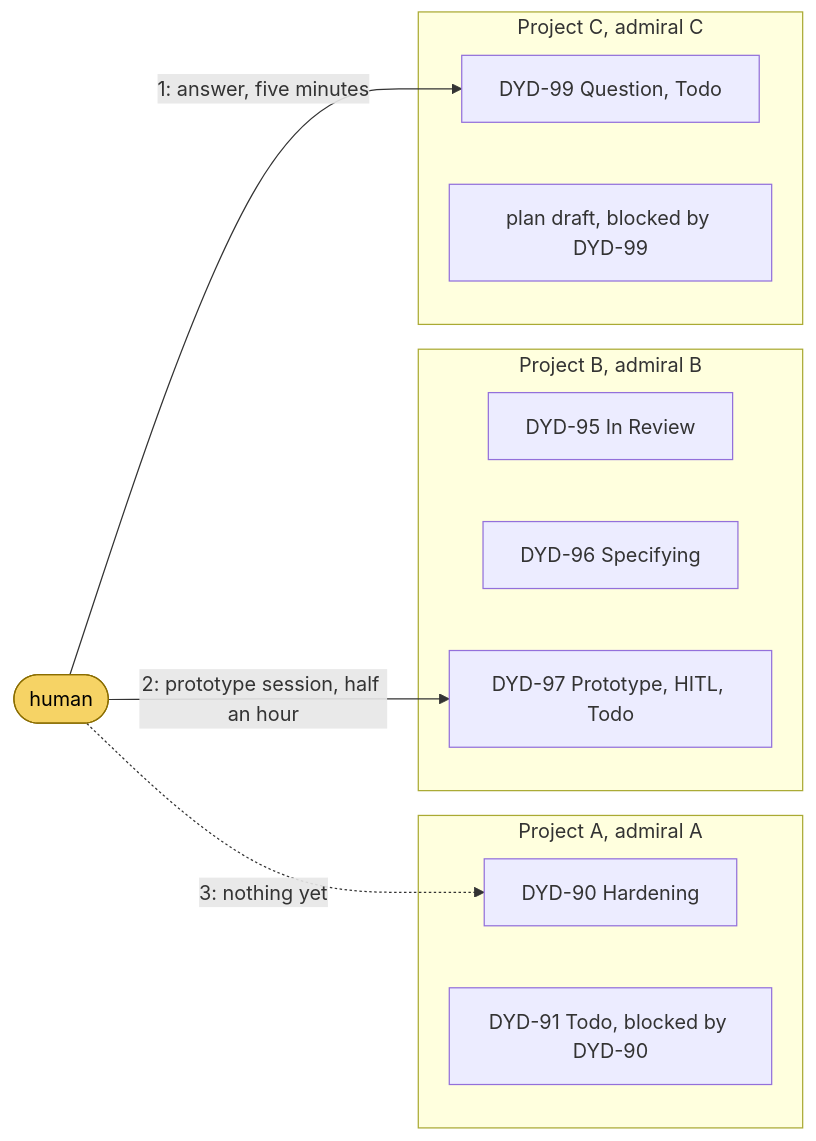
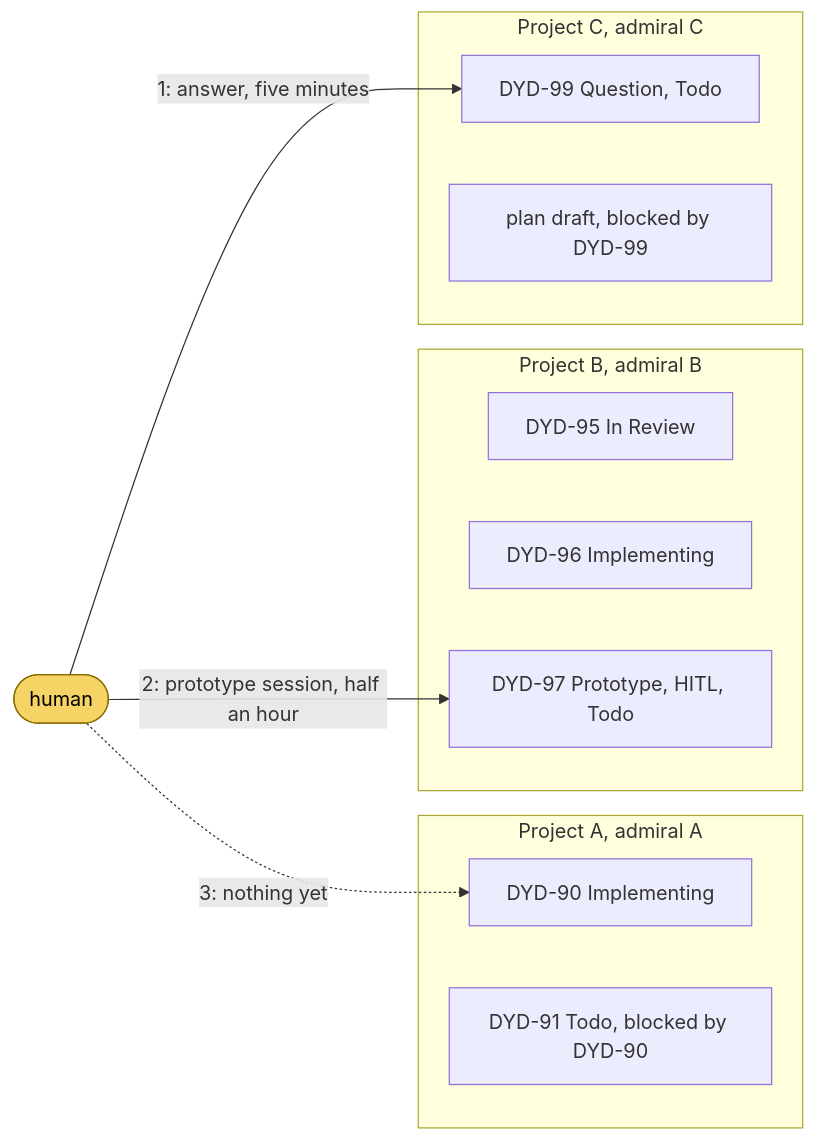
Before and after one commit to bodnarbalazs/dydo: diagram 12 of 12 in dydo/understand/control-flow.md, drawn with Mermaid. The commit also changed other lines of this file and 7 other files, not shown here.

````diff
--- a/dydo/understand/control-flow.md
+++ b/dydo/understand/control-flow.md
@@ -680,20 +680,20 @@
 ```mermaid
 flowchart LR
   classDef human fill:#f6d365,stroke:#8a6d00,color:#000
   subgraph A [Project A, admiral A]
-    A1[DYD-90 Hardening]
+    A1[DYD-90 Implementing]
     A2[DYD-91 Todo, blocked by DYD-90]
   end
   subgraph B [Project B, admiral B]
     B1[DYD-95 In Review]
-    B2[DYD-96 Specifying]
+    B2[DYD-96 Implementing]
     B3[DYD-97 Prototype, HITL, Todo]
   end
   subgraph C [Project C, admiral C]
     C1[DYD-99 Question, Todo]
     C2[plan draft, blocked by DYD-99]
   end
   H([human]):::human -->|1: answer, five minutes| C1
   H -->|2: prototype session, half an hour| B3
   H -.->|3: nothing yet| A1
 ```
````
